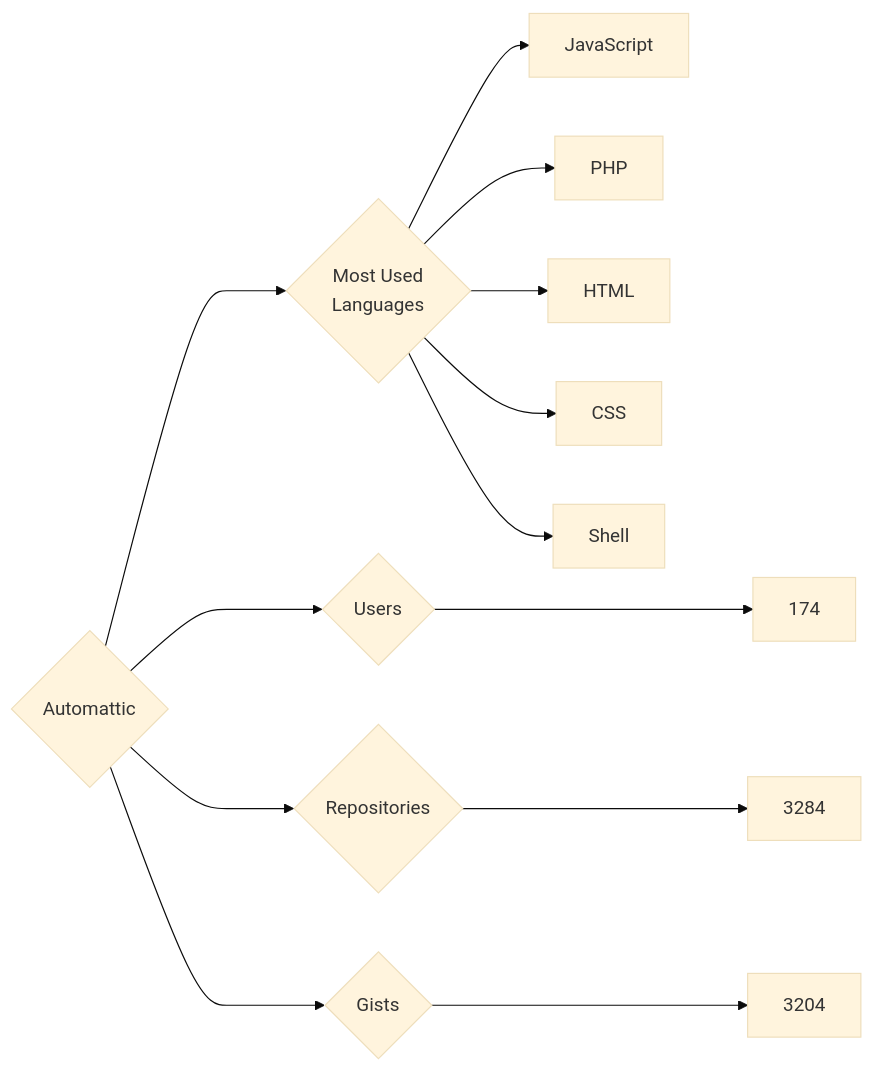
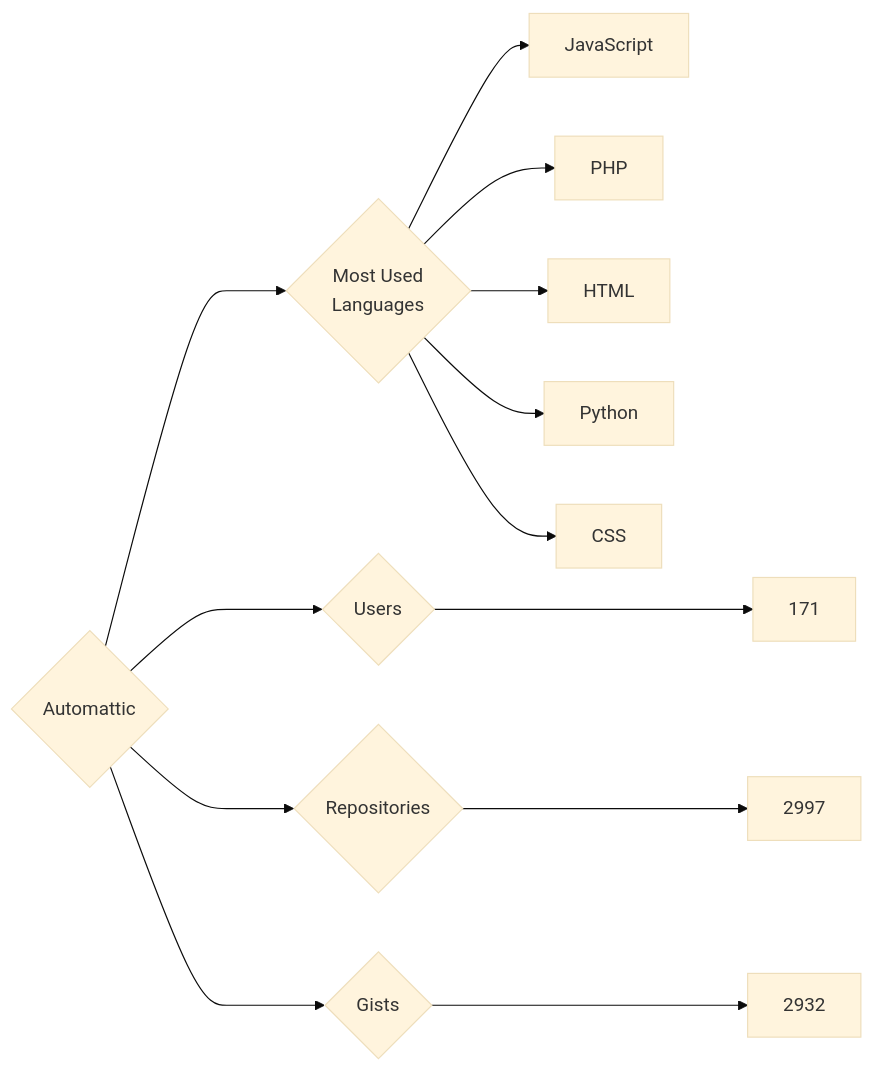
One commit to trickest/insiders changed the diagram in targets/Automattic/README.md. Above: the diagram before and after it, drawn with Mermaid (base theme). The commit also changed 681 other files, not shown here.

````diff
--- a/targets/Automattic/README.md
+++ b/targets/Automattic/README.md
@@ -3,13 +3,13 @@
 ```mermaid
 graph LR
 COMPANY_NAME{Automattic}
-COMPANY_NAME ---> U{Users} ---> UN[174]
-COMPANY_NAME ---> R{Repositories} ---> RN[3284]
-COMPANY_NAME ---> G{Gists} ---> GN[3204]
+COMPANY_NAME ---> U{Users} ---> UN[171]
+COMPANY_NAME ---> R{Repositories} ---> RN[2997]
+COMPANY_NAME ---> G{Gists} ---> GN[2932]
 COMPANY_NAME ---> ML{Most Used<br>Languages}
 ML --> JavaScript[JavaScript]
 ML --> PHP[PHP]
 ML --> HTML[HTML]
+ML --> Python[Python]
 ML --> CSS[CSS]
-ML --> Shell[Shell]
 ```
````
